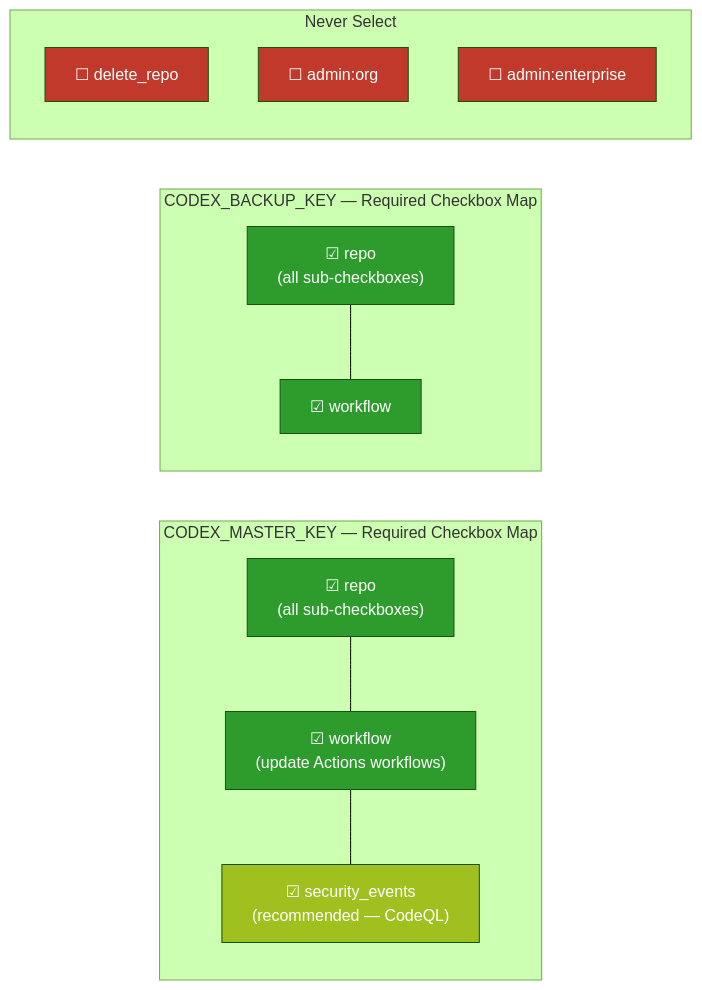
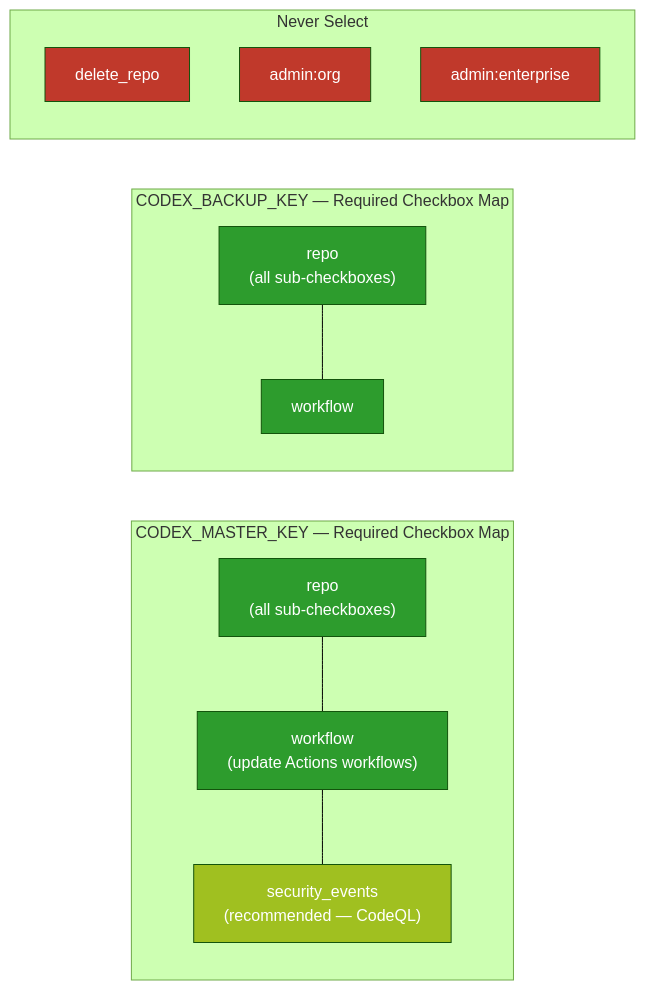
One commit to Aries-Serpent/_codex_ changed diagram 12 of 19 in docs/reference/ELEVATED_PRIVILEGES_TOKEN_REVIEW.md. Above: the diagram before and after it, drawn with Mermaid (forest theme). The commit also changed other lines of this file and 4117 other files, not shown here.

````diff
--- a/docs/reference/ELEVATED_PRIVILEGES_TOKEN_REVIEW.md
+++ b/docs/reference/ELEVATED_PRIVILEGES_TOKEN_REVIEW.md
@@ -1180,29 +1231,30 @@
 ```mermaid
-%%{init: {'accessibility': {'title': 'Flowchart showing "☑ repo\n(all sub-checkboxes)", "☑ workflow\n(update Actions workflows)"'}}%%
+%%{init: {'accessibility': {'title': 'Flowchart showing " repo\n(all sub-checkboxes)", " workflow\n(update Actions workflows)"'}}%%
+
 graph LR
-    subgraph "CODEX_MASTER_KEY — Required Checkbox Map"
-        R1["☑ repo\n(all sub-checkboxes)"]
-        R2["☑ workflow\n(update Actions workflows)"]
-        R3["☑ security_events\n(recommended — CodeQL)"]
-        R1 --- R2 --- R3
-    end
-    subgraph "CODEX_BACKUP_KEY — Required Checkbox Map"
-        B1["☑ repo\n(all sub-checkboxes)"]
-        B2["☑ workflow"]
-        B1 --- B2
-    end
-    subgraph " Never Select"
-        X1["☐ delete_repo"]
-        X2["☐ admin:org"]
-        X3["☐ admin:enterprise"]
-    end
+ subgraph "CODEX_MASTER_KEY — Required Checkbox Map"
+ R1[" repo\n(all sub-checkboxes)"]
+ R2[" workflow\n(update Actions workflows)"]
+ R3[" security_events\n(recommended — CodeQL)"]
+ R1 --- R2 --- R3
+ end
+ subgraph "CODEX_BACKUP_KEY — Required Checkbox Map"
+ B1[" repo\n(all sub-checkboxes)"]
+ B2[" workflow"]
+ B1 --- B2
+ end
+ subgraph " Never Select"
+ X1[" delete_repo"]
+ X2[" admin:org"]
+ X3[" admin:enterprise"]
+ end
 
-    style R1 fill:#2d9c2d,color:#fff
-    style R2 fill:#2d9c2d,color:#fff
-    style R3 fill:#a0c020,color:#fff
-    style B1 fill:#2d9c2d,color:#fff
-    style B2 fill:#2d9c2d,color:#fff
-    style X1 fill:#c0392b,color:#fff
-    style X2 fill:#c0392b,color:#fff
-    style X3 fill:#c0392b,color:#fff
+ style R1 fill:#2d9c2d,color:#fff
+ style R2 fill:#2d9c2d,color:#fff
+ style R3 fill:#a0c020,color:#fff
+ style B1 fill:#2d9c2d,color:#fff
+ style B2 fill:#2d9c2d,color:#fff
+ style X1 fill:#c0392b,color:#fff
+ style X2 fill:#c0392b,color:#fff
+ style X3 fill:#c0392b,color:#fff
 ```
````
